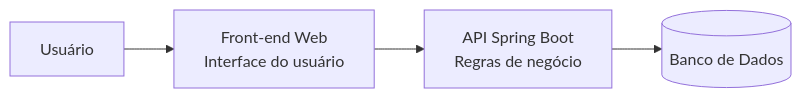
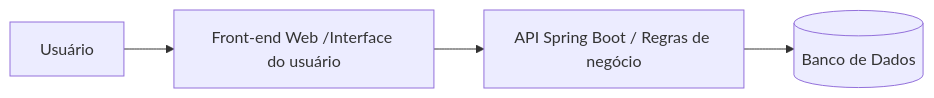
The second of 3 diagrams in README.md (YuriDavid1/Game-Library-Manager---Projeto-Acad-mico), drawn with Mermaid before and after one commit. The commit also changed other lines of this file, not shown here.

````diff
--- a/README.md
+++ b/README.md
@@ -187,15 +187,15 @@
 ```mermaid
 flowchart LR
 
 User[Usuário]
 
-Frontend[Front-end Web\nInterface do usuário]
+Frontend[Front-end Web /Interface do usuário]
 
-Backend[API Spring Boot\nRegras de negócio]
+Backend[API Spring Boot / Regras de negócio]
 
 Database[(Banco de Dados)]
 
 User --> Frontend
 Frontend --> Backend
 Backend --> Database
 ```
````
